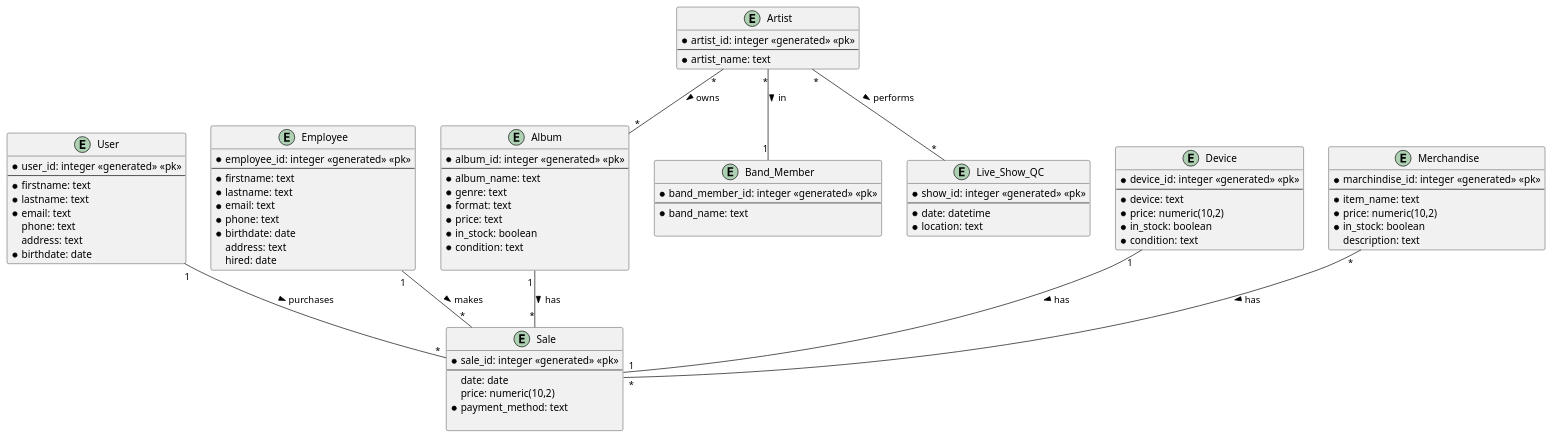
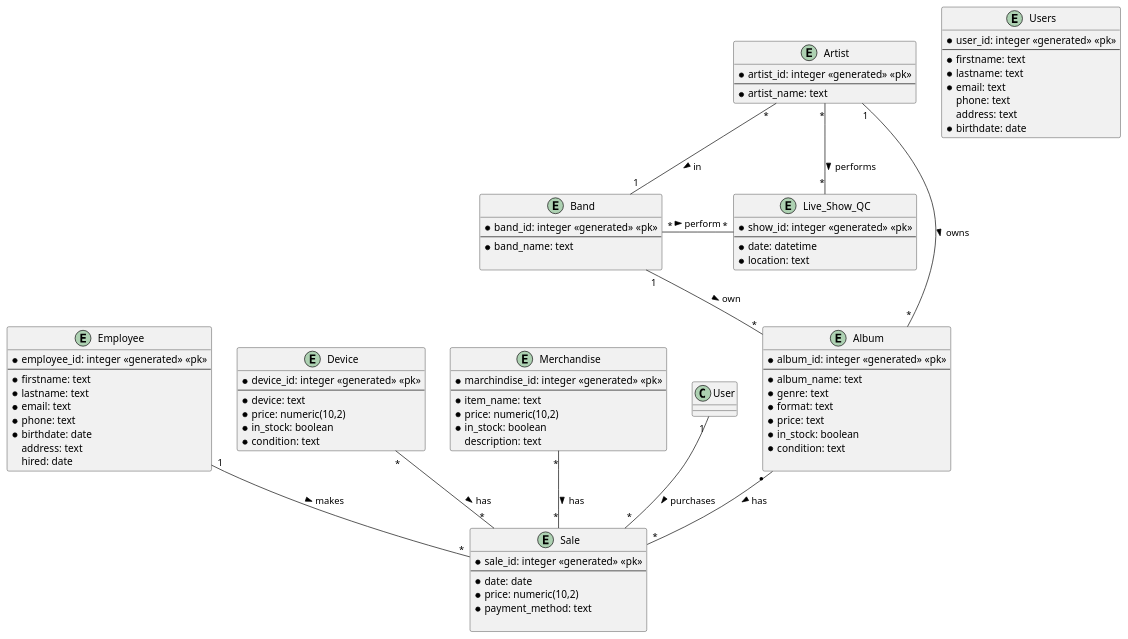
Before and after one commit to 2395037/turntables_db: the diagram in logical.md, drawn with PlantUML. The commit also changed 1 other file, not shown here.

Commit message:
Added intermediate tables, and fixed some attributes in physical

```diff
--- a/logical.md
+++ b/logical.md
@@ -1,5 +1,5 @@
 @startuml
-entity User {
+entity Users {
 *user_id: integer <<generated>> <<pk>>
 --
 *firstname: text
@@ -40,8 +40,8 @@
 *artist_name: text
 }
 
-entity Band_Member {
-*band_member_id: integer <<generated>> <<pk>>
+entity Band {
+*band_id: integer <<generated>> <<pk>>
 --
 *band_name: text
 
@@ -75,19 +75,21 @@
 entity Sale {
 *sale_id: integer <<generated>> <<pk>>
 --
-date: date
-price: numeric(10,2)
+*date: date
+*price: numeric(10,2)
 *payment_method: text
 
 }
 
+Band"1" -- "*"Album: own >
+Band"*" - "*"Live_Show_QC: perform >
 User "1 " -- "*" Sale: > purchases
 Employee "1 " -- "*" Sale: > makes
-Album "1 " -- "*" Sale: > has
-Device "1 " -- "1" Sale: > has
+Album "* " -- "*" Sale: > has
+Device " * " -- " * " Sale: > has
 Merchandise "*" -- "*" Sale: > has
-Artist "*" -- "*" Album: > owns
+Artist "1" -- "*" Album: > owns
 Artist "*" -- "*" Live_Show_QC: > performs
-Artist "*" -- "1" Band_Member: > in
+Artist "*" -- "1" Band: > in
 
 @enduml
```
